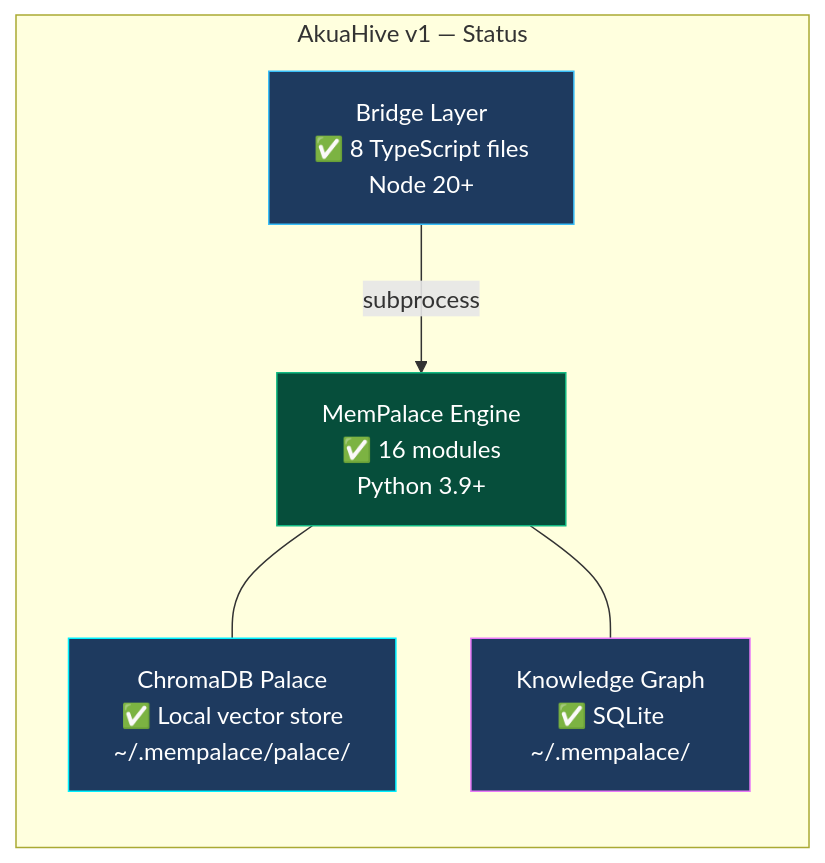
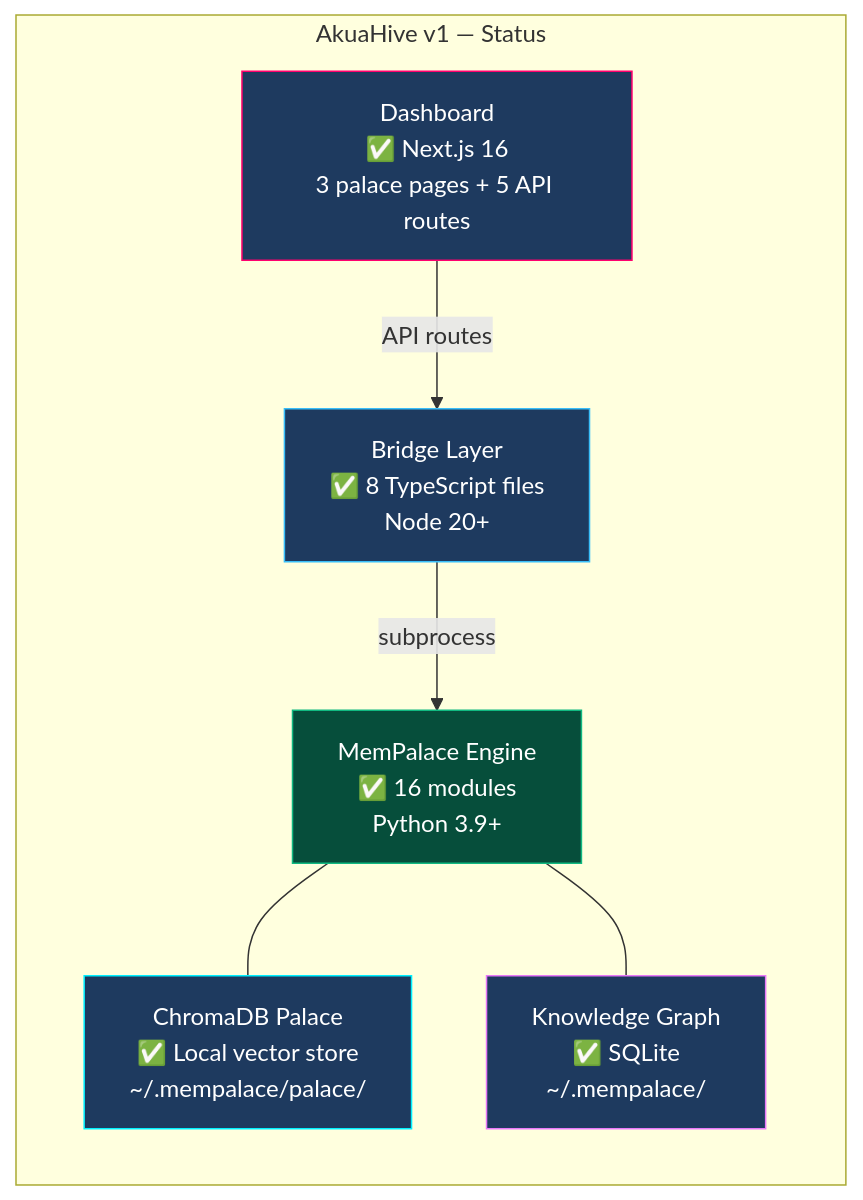
The first of 2 diagrams in docs/STATUS.md (Metavibez4L/AkuaHive), drawn with Mermaid before and after one commit. The commit also changed other lines of this file and 3 other files, not shown here.

First line of the commit message:
docs: update README, STATUS, and architecture for v1.1 dashboard release

````diff
--- a/docs/STATUS.md
+++ b/docs/STATUS.md
@@ -11,18 +11,21 @@
 ```mermaid
 graph LR
     subgraph "AkuaHive v1 — Status"
         MP["MemPalace Engine<br/>✅ 16 modules<br/>Python 3.9+"]
         BR["Bridge Layer<br/>✅ 8 TypeScript files<br/>Node 20+"]
         KG["Knowledge Graph<br/>✅ SQLite<br/>~/.mempalace/"]
         CB["ChromaDB Palace<br/>✅ Local vector store<br/>~/.mempalace/palace/"]
+        DASH["Dashboard<br/>✅ Next.js 16<br/>3 palace pages + 5 API routes"]
     end
 
     MP --- CB
     MP --- KG
     BR -->|subprocess| MP
+    DASH -->|API routes| BR
 
     style MP fill:#064e3b,stroke:#10b981,color:#fff
     style BR fill:#1e3a5f,stroke:#38bdf8,color:#fff
     style KG fill:#1e3a5f,stroke:#e879f9,color:#fff
     style CB fill:#1e3a5f,stroke:#00f0ff,color:#fff
+    style DASH fill:#1e3a5f,stroke:#ff006e,color:#fff
 ```
````
